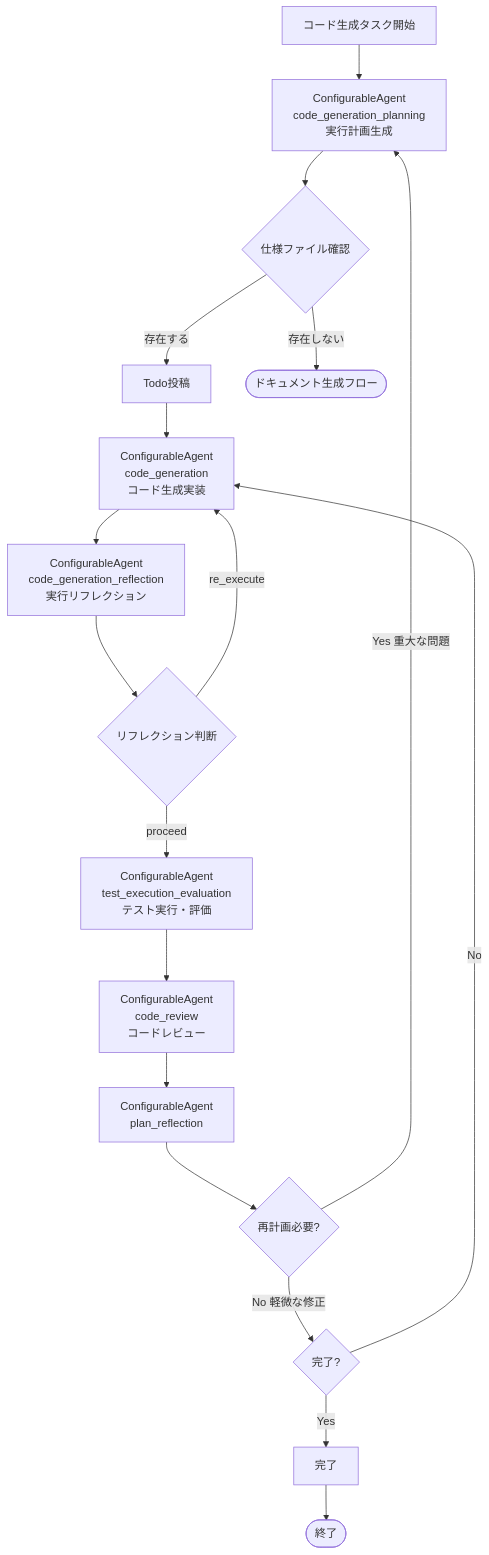
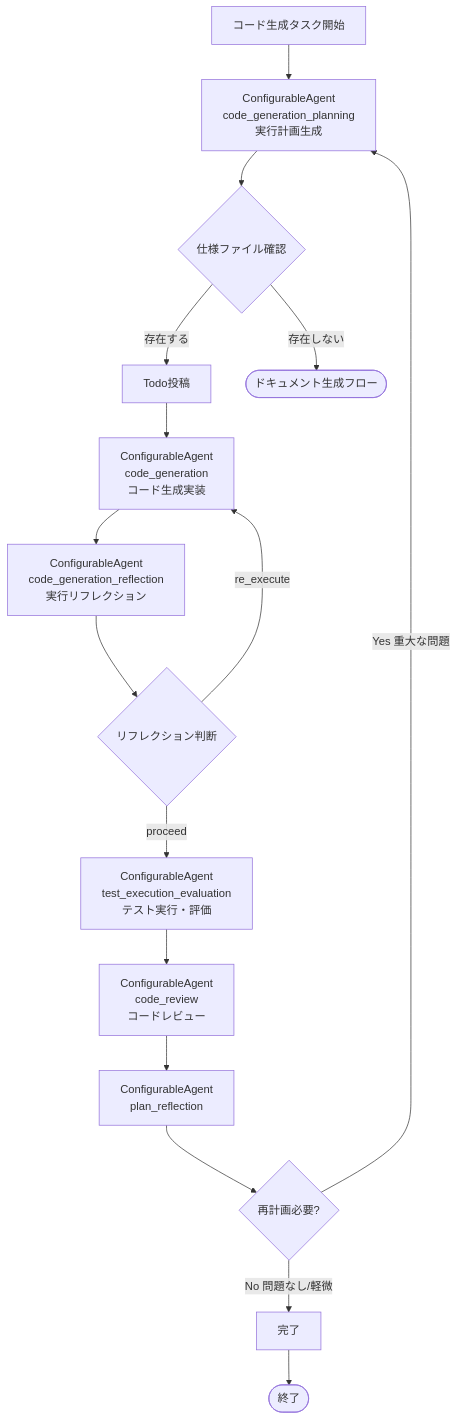
Before and after one commit to notfolder/CodeAgentOrchestrator: the fourth of 7 diagrams in docs/STANDARD_MR_PROCESSING_FLOW.md, drawn with Mermaid. The commit also changed other lines of this file and 2 other files, not shown here.

````diff
--- a/docs/STANDARD_MR_PROCESSING_FLOW.md
+++ b/docs/STANDARD_MR_PROCESSING_FLOW.md
@@ -582,26 +581,23 @@
 ```mermaid
 flowchart TD
     Start[コード生成タスク開始] --> Planning[ConfigurableAgent<br/>code_generation_planning<br/>実行計画生成]
     Planning --> SpecCheck{仕様ファイル確認}
     
     SpecCheck -->|存在する| Todo[Todo投稿]
     SpecCheck -->|存在しない| End1([ドキュメント生成フロー])
         
     Todo --> CodeGen[ConfigurableAgent<br/>code_generation<br/>コード生成実装]
     CodeGen --> CodeGenRefl[ConfigurableAgent<br/>code_generation_reflection<br/>実行リフレクション]
     CodeGenRefl --> ReflBranch{リフレクション判断}
     ReflBranch -->|re_execute| CodeGen
     ReflBranch -->|proceed| TestExec[ConfigurableAgent<br/>test_execution_evaluation<br/>テスト実行・評価]
     
     TestExec --> CodeReview[ConfigurableAgent<br/>code_review<br/>コードレビュー]
     
     CodeReview --> Reflection[ConfigurableAgent<br/>plan_reflection]
     
     Reflection --> ReplanCheck{再計画必要?}
     ReplanCheck -->|Yes 重大な問題| Planning
-    ReplanCheck -->|No 軽微な修正| Complete{完了?}
-    
-    Complete -->|No| CodeGen
-    Complete -->|Yes| Finish[完了]
+    ReplanCheck -->|No 問題なし/軽微| Finish[完了]
     Finish --> End2([終了])
 ```
````
